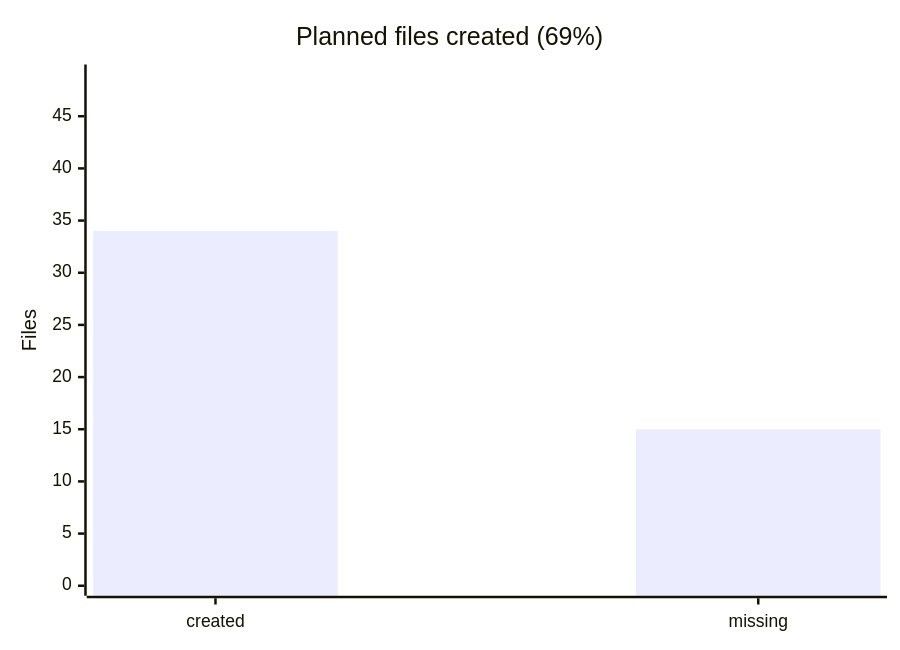
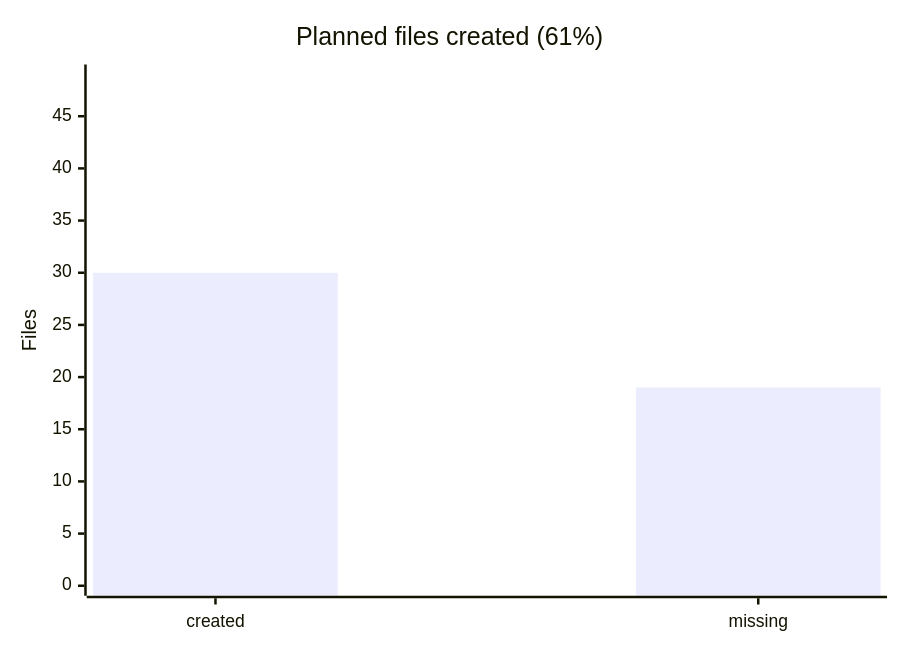
Before and after one commit to Mohammed-Alama/php-arazzo: the diagram in docs/generated/modularization-progress.md, drawn with Mermaid. The commit also changed other lines of this file and 134 other files, not shown here.

````diff
--- a/docs/generated/modularization-progress.md
+++ b/docs/generated/modularization-progress.md
@@ -15,7 +15,7 @@
 ```mermaid
 xychart-beta
-    title "Planned files created (69%)"
+    title "Planned files created (61%)"
     x-axis ["created", "missing"]
     y-axis "Files" 0 --> 49
-    bar [34, 15]
+    bar [30, 19]
 ```
````
